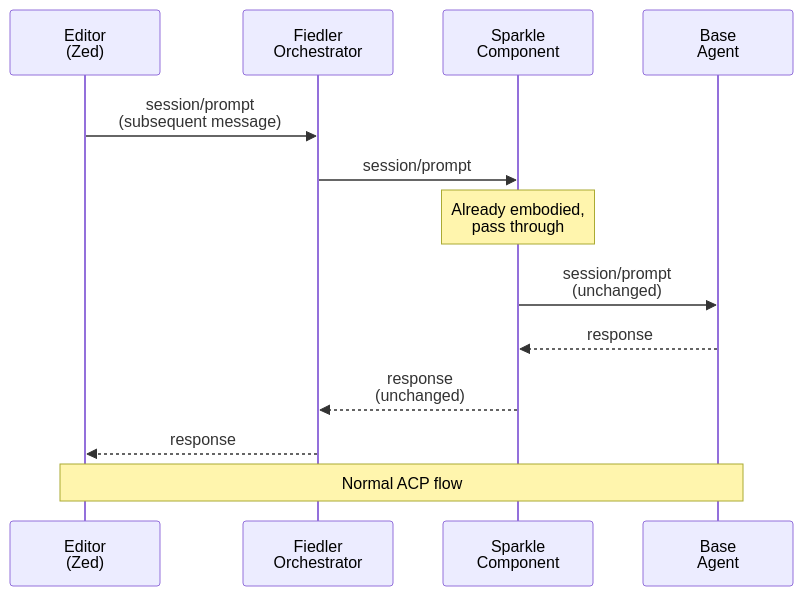
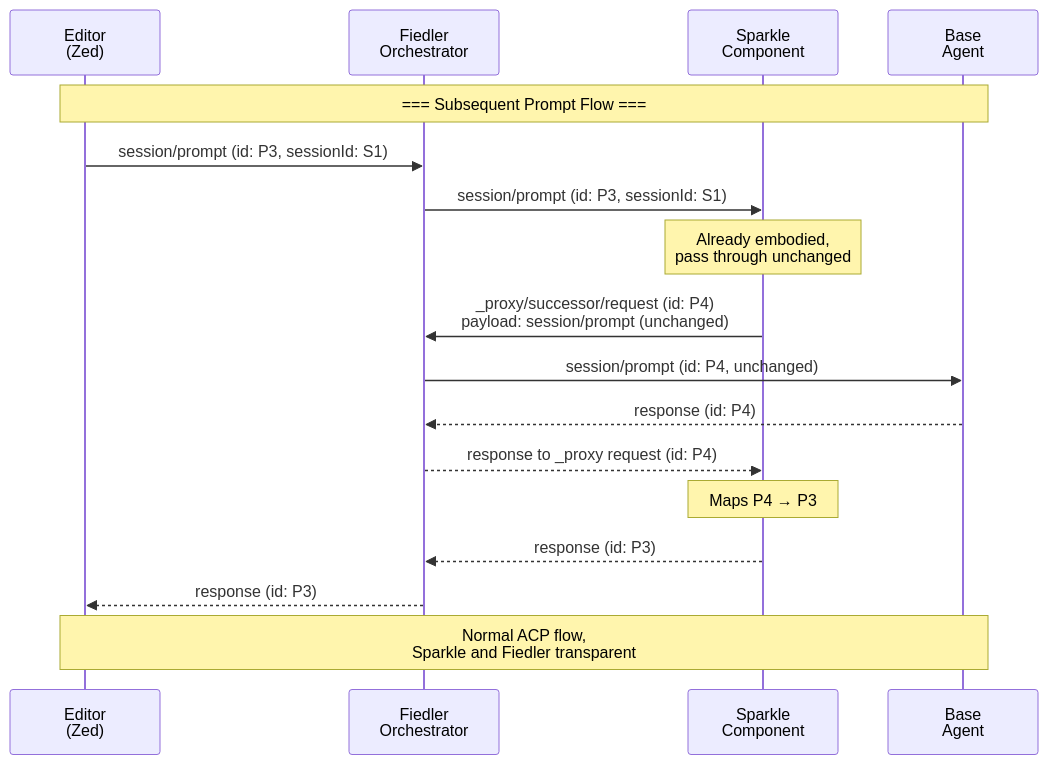
Before and after one commit to symposium-dev/symposium: the sixth of 6 diagrams in md/rfds/draft/symposium-component-protocol.md, drawn with Mermaid. The commit also changed other lines of this file, not shown here.

First line of the commit message:
Correct message flows in S/ACP RFD walkthrough

````diff
--- a/md/rfds/draft/symposium-component-protocol.md
+++ b/md/rfds/draft/symposium-component-protocol.md
@@ -600,17 +753,27 @@
 ```mermaid
 sequenceDiagram
     participant Editor as Editor<br/>(Zed)
     participant Fiedler as Fiedler<br/>Orchestrator
     participant Sparkle as Sparkle<br/>Component
     participant Agent as Base<br/>Agent
 
-    Editor->>Fiedler: session/prompt<br/>(subsequent message)
-    Fiedler->>Sparkle: session/prompt
-    Note over Sparkle: Already embodied,<br/>pass through
-    Sparkle->>Agent: session/prompt<br/>(unchanged)
-    Agent-->>Sparkle: response
-    Sparkle-->>Fiedler: response<br/>(unchanged)
-    Fiedler-->>Editor: response
+    Note over Editor,Agent: === Subsequent Prompt Flow ===
     
-    Note over Editor,Agent: Normal ACP flow
+    Editor->>Fiedler: session/prompt (id: P3, sessionId: S1)
+    Fiedler->>Sparkle: session/prompt (id: P3, sessionId: S1)
+    
+    Note over Sparkle: Already embodied,<br/>pass through unchanged
+    
+    Sparkle->>Fiedler: _proxy/successor/request (id: P4)<br/>payload: session/prompt (unchanged)
+    Fiedler->>Agent: session/prompt (id: P4, unchanged)
+    
+    Agent-->>Fiedler: response (id: P4)
+    Fiedler-->>Sparkle: response to _proxy request (id: P4)
+    
+    Note over Sparkle: Maps P4 → P3
+    
+    Sparkle-->>Fiedler: response (id: P3)
+    Fiedler-->>Editor: response (id: P3)
+    
+    Note over Editor,Agent: Normal ACP flow,<br/>Sparkle and Fiedler transparent
 ```
````
